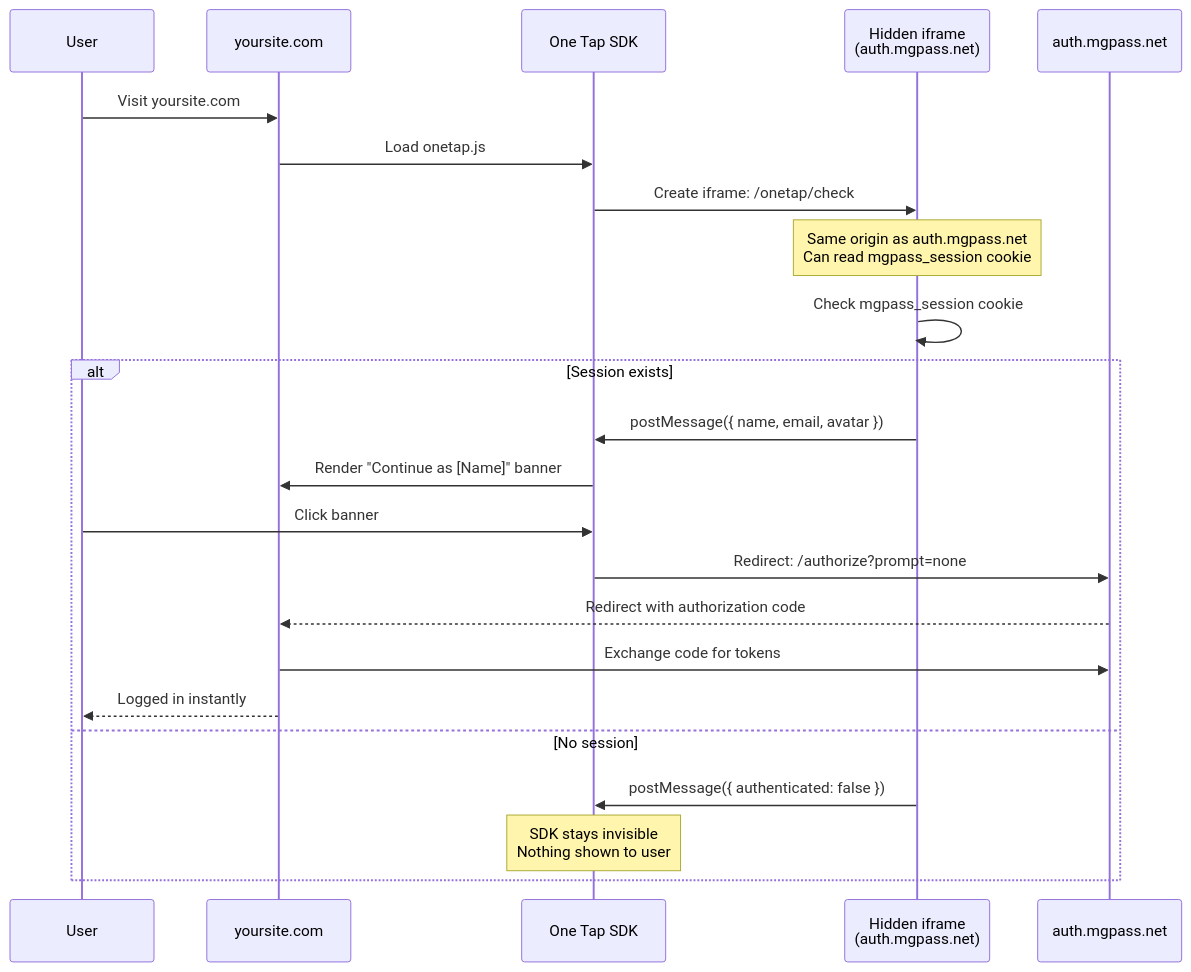
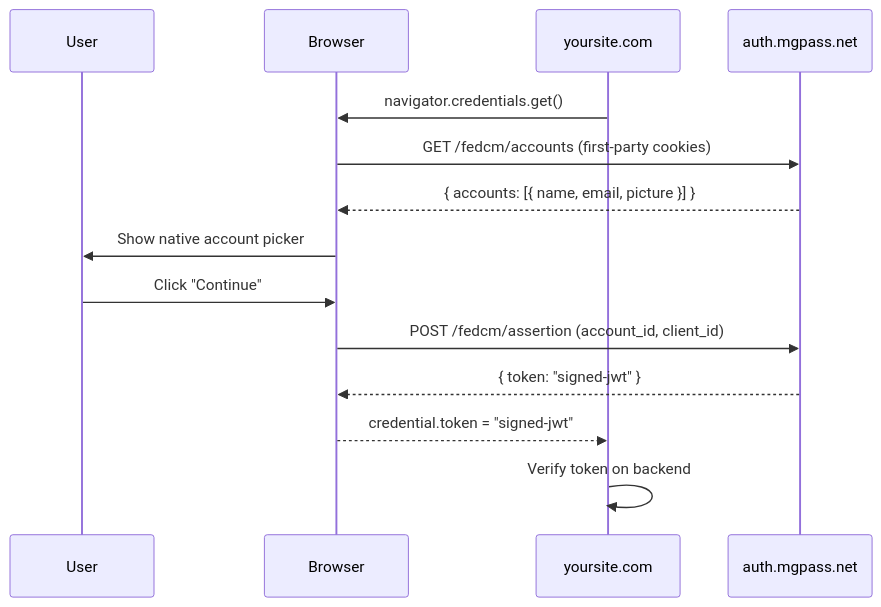
Before and after one commit to mgdmdev/docs: the second of 3 diagrams in guides/sso.mdx, drawn with Mermaid. The commit also changed other lines of this file and 8 other files, not shown here.

Commit message:
docs: FedCM cross-domain SSO — browser-native identity federation

````diff
--- a/guides/sso.mdx
+++ b/guides/sso.mdx
@@ -115,26 +115,17 @@
 ```mermaid
 sequenceDiagram
     participant User
+    participant Browser
     participant Site as yoursite.com
-    participant SDK as One Tap SDK
-    participant IFrame as Hidden iframe<br/>(auth.mgpass.net)
     participant Auth as auth.mgpass.net
 
-    User->>Site: Visit yoursite.com
-    Site->>SDK: Load onetap.js
-    SDK->>IFrame: Create iframe: /onetap/check
-    Note over IFrame: Same origin as auth.mgpass.net<br/>Can read mgpass_session cookie
-    IFrame->>IFrame: Check mgpass_session cookie
-    alt Session exists
-        IFrame->>SDK: postMessage({ name, email, avatar })
-        SDK->>Site: Render "Continue as [Name]" banner
-        User->>SDK: Click banner
-        SDK->>Auth: Redirect: /authorize?prompt=none
-        Auth-->>Site: Redirect with authorization code
-        Site->>Auth: Exchange code for tokens
-        Site-->>User: Logged in instantly
-    else No session
-        IFrame->>SDK: postMessage({ authenticated: false })
-        Note over SDK: SDK stays invisible<br/>Nothing shown to user
-    end
+    Site->>Browser: navigator.credentials.get()
+    Browser->>Auth: GET /fedcm/accounts (first-party cookies)
+    Auth-->>Browser: { accounts: [{ name, email, picture }] }
+    Browser->>User: Show native account picker
+    User->>Browser: Click "Continue"
+    Browser->>Auth: POST /fedcm/assertion (account_id, client_id)
+    Auth-->>Browser: { token: "signed-jwt" }
+    Browser-->>Site: credential.token = "signed-jwt"
+    Site->>Site: Verify token on backend
 ```
````
